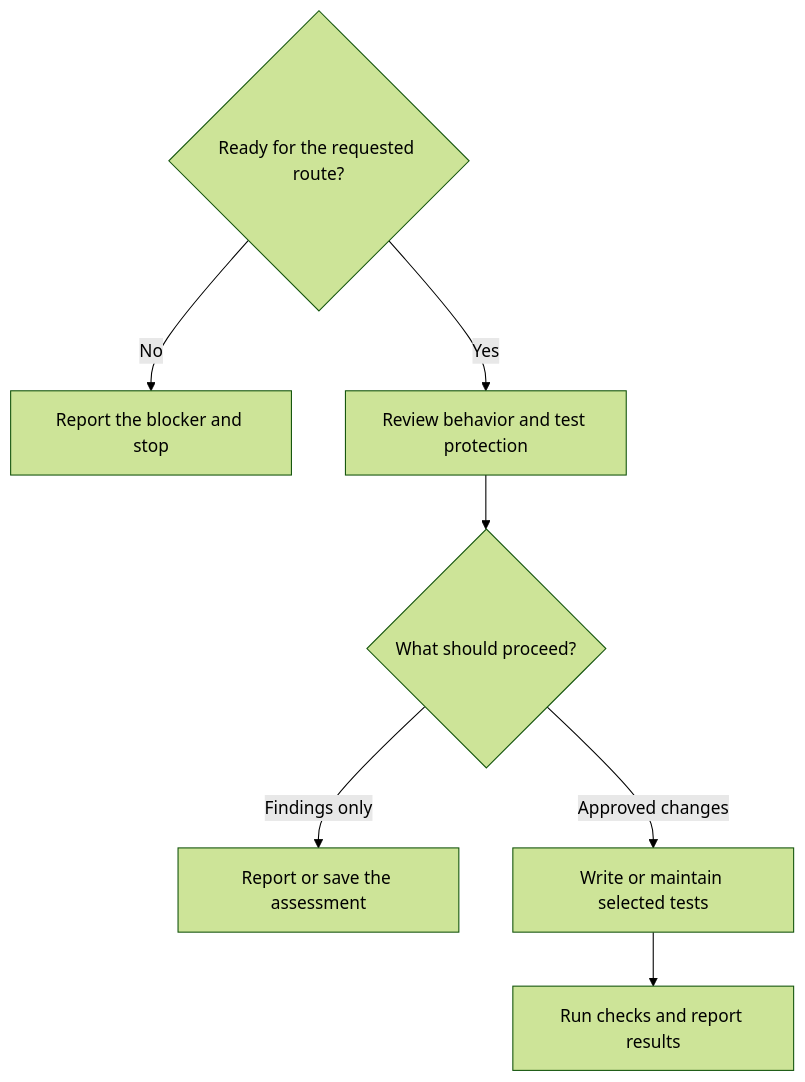
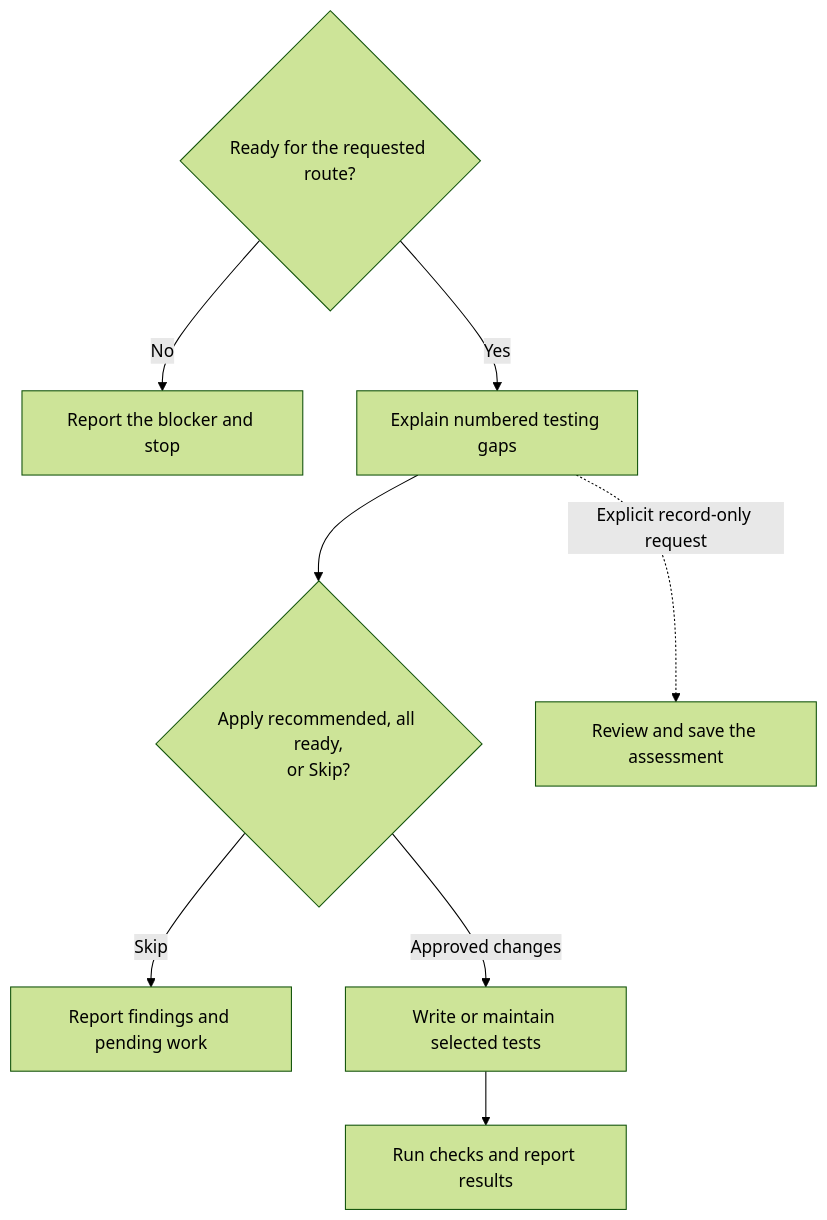
Before and after one commit to myowinthein/agent-helm: the diagram in docs/commands/test.md, drawn with Mermaid (forest theme). The commit also changed other lines of this file and 2 other files, not shown here.

Commit message:
docs(test): simplify findings and action selection

````diff
--- a/docs/commands/test.md
+++ b/docs/commands/test.md
@@ -17,9 +17,10 @@
 ```mermaid
 flowchart TD
   Gate{"Ready for the requested route?"} -->|No| Stop["Report the blocker and stop"]
   Gate -->|Yes| Review
-  Review["Review behavior and test protection"] --> Choose{"What should proceed?"}
-  Choose -->|Findings only| Report["Report or save the assessment"]
+  Review["Explain numbered testing gaps"] --> Choose{"Apply recommended, all ready,<br/>or Skip?"}
+  Choose -->|Skip| Report["Report findings and pending work"]
   Choose -->|Approved changes| Work["Write or maintain selected tests"]
   Work --> Check["Run checks and report results"]
+  Review -.->|Explicit record-only request| Save["Review and save the assessment"]
 ```
````
